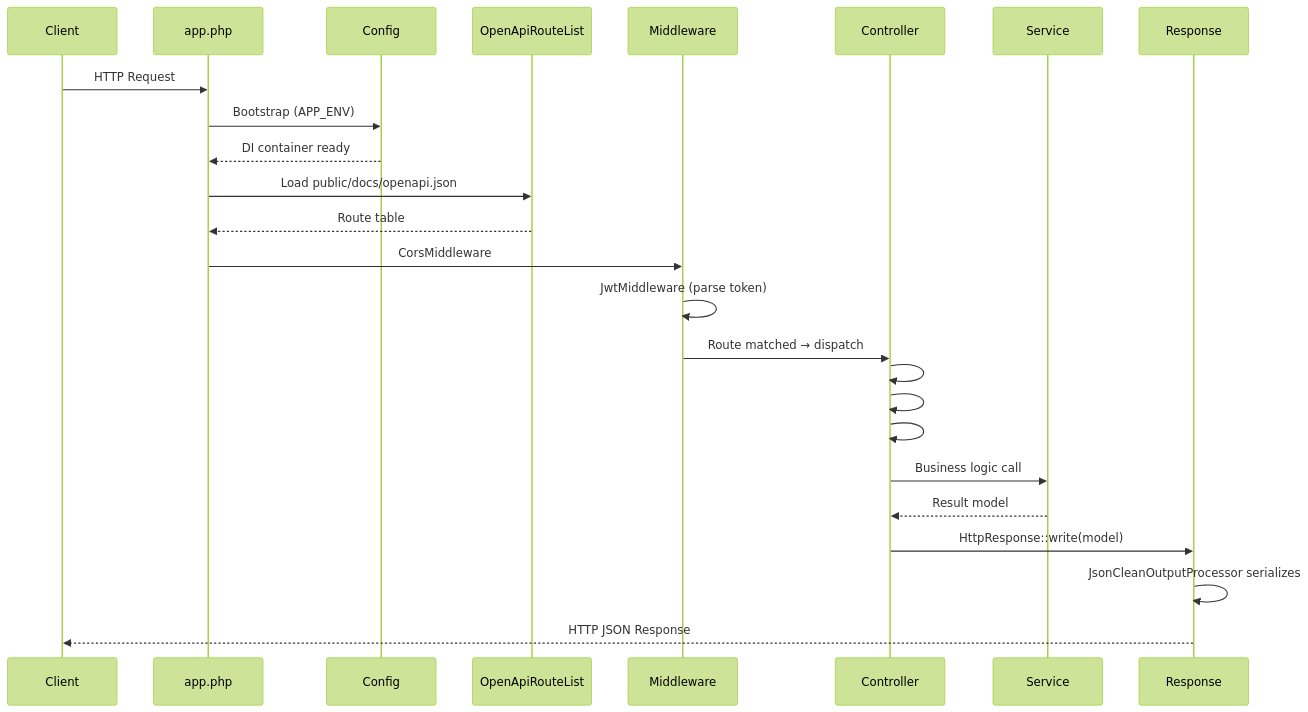
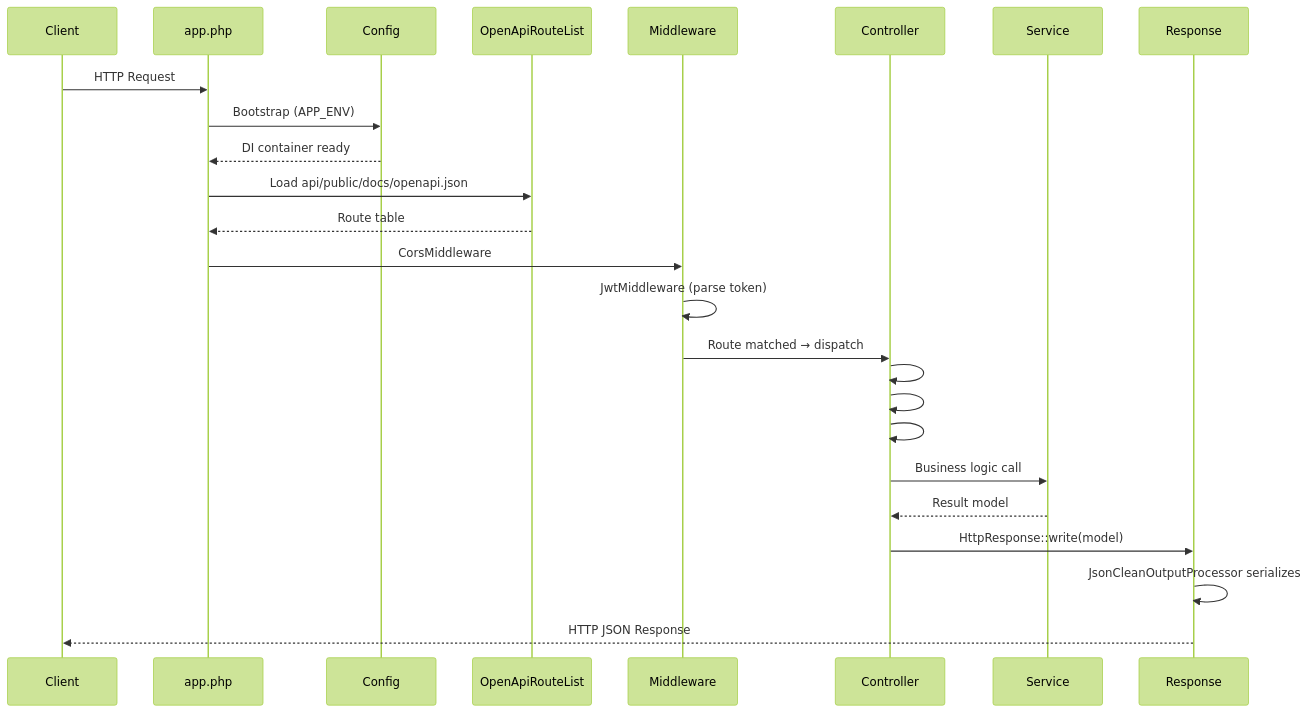
One commit to byjg/php-rest-reference-architecture changed the diagram in docs/concepts/request-lifecycle.md. Above: the diagram before and after it, drawn with Mermaid (forest theme). The commit also changed other lines of this file and 28 other files, not shown here.

````diff
--- a/docs/concepts/request-lifecycle.md
+++ b/docs/concepts/request-lifecycle.md
@@ -14,28 +14,28 @@
 ```mermaid
 sequenceDiagram
     participant Client
     participant app.php
     participant Config
     participant OpenApiRouteList
     participant Middleware
     participant Controller
     participant Service
     participant Response
 
     Client->>app.php: HTTP Request
     app.php->>Config: Bootstrap (APP_ENV)
     Config-->>app.php: DI container ready
-    app.php->>OpenApiRouteList: Load public/docs/openapi.json
+    app.php->>OpenApiRouteList: Load api/public/docs/openapi.json
     OpenApiRouteList-->>app.php: Route table
     app.php->>Middleware: CorsMiddleware
     Middleware->>Middleware: JwtMiddleware (parse token)
     Middleware->>Controller: Route matched → dispatch
     Controller->>Controller: #[RequireAuthenticated] check
     Controller->>Controller: #[RequireRole] check
     Controller->>Controller: #[ValidateRequest] check
     Controller->>Service: Business logic call
     Service-->>Controller: Result model
     Controller->>Response: HttpResponse::write(model)
     Response->>Response: JsonCleanOutputProcessor serializes
     Response-->>Client: HTTP JSON Response
 ```
````
